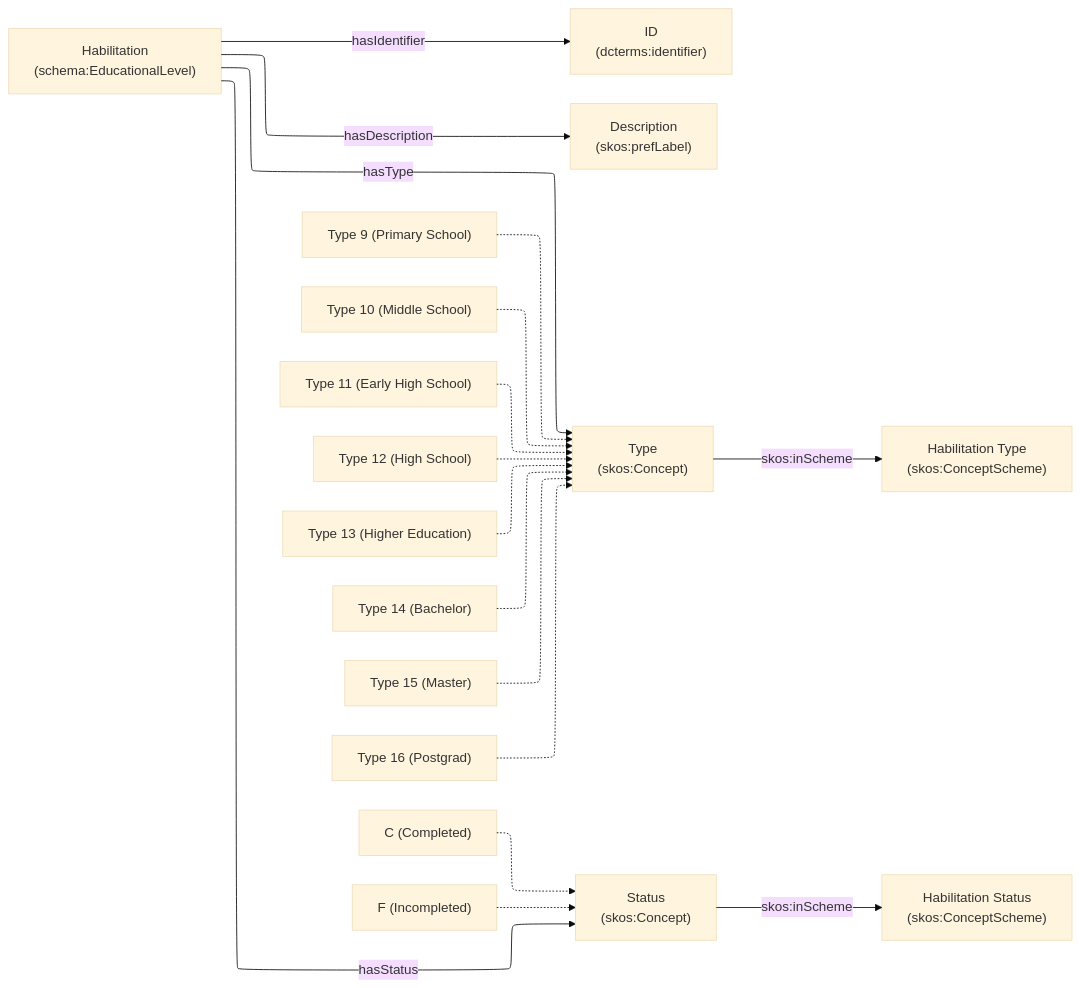
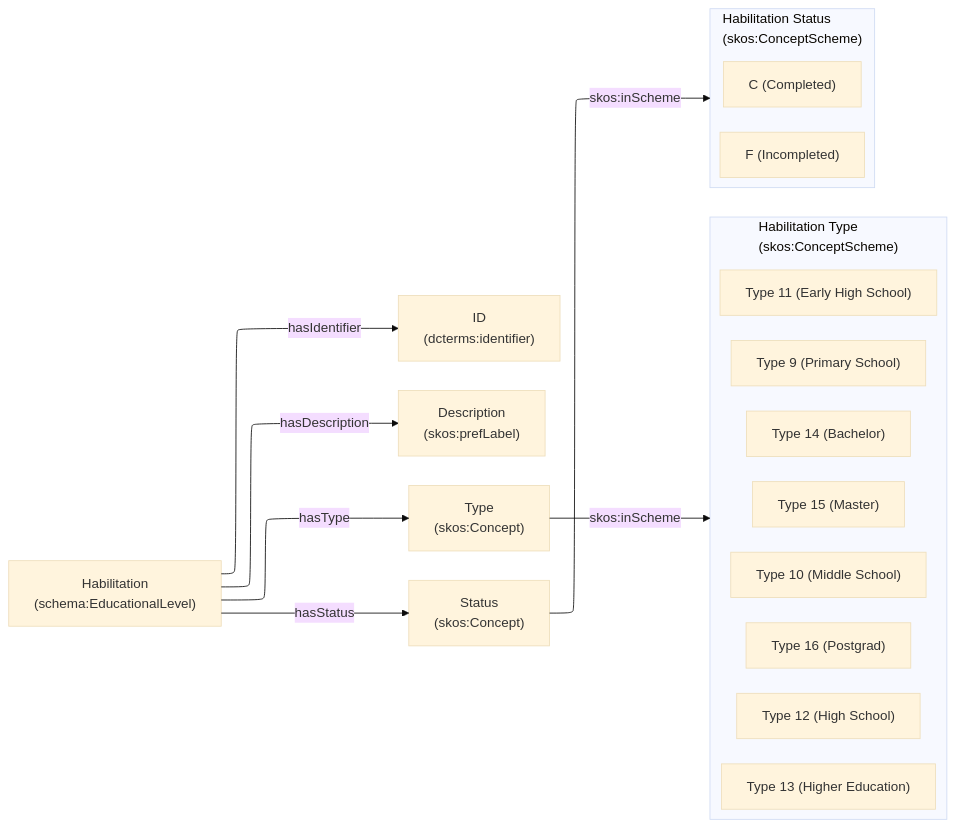
The diagram in docs/registobiografico/diagrams/habilitations.mermaid (Kaankzlyar/orwell-generalized), drawn with Mermaid (base theme) before and after one commit. The commit also changed 4 other files, not shown here.

```diff
--- a/docs/registobiografico/diagrams/habilitations.mermaid
+++ b/docs/registobiografico/diagrams/habilitations.mermaid
@@ -1,23 +1,30 @@
 ---
 config:
   layout: elk
 ---
 flowchart LR
     Habilitation["Habilitation<br>(schema:EducationalLevel)"] -- hasIdentifier --> hid["ID<br>(dcterms:identifier)"]
     Habilitation -- hasDescription --> hdes["Description<br>(skos:prefLabel)"]
     Habilitation -- hasType --> htype["Type<br>(skos:Concept)"]
     Habilitation -- hasStatus --> hstatus["Status<br>(skos:Concept)"]
 
-    htype -- skos:inScheme --> htypeEnum["Habilitation Type<br>(skos:ConceptScheme)"]
-    ht1["Type 9 (Primary School)"] -.-> htype
-    ht2["Type 10 (Middle School)"] -.-> htype
-    ht3["Type 11 (Early High School)"] -.-> htype
-    ht4["Type 12 (High School)"] -.-> htype
-    ht5["Type 13 (Higher Education)"] -.-> htype
-    ht6["Type 14 (Bachelor)"] -.-> htype
-    ht7["Type 15 (Master)"] -.-> htype
-    ht8["Type 16 (Postgrad)"] -.-> htype
+    htype -- skos:inScheme --> htypeEnum
 
-    hstatus -- skos:inScheme --> hstatusEnum["Habilitation Status<br>(skos:ConceptScheme)"]
-    hs1["C (Completed)"] -.-> hstatus
-    hs2["F (Incompleted)"] -.-> hstatus
+    subgraph htypeEnum["Habilitation Type<br>(skos:ConceptScheme)"]
+      ht1["Type 9 (Primary School)"]
+      ht2["Type 10 (Middle School)"]
+      ht3["Type 11 (Early High School)"]
+      ht4["Type 12 (High School)"]
+      ht5["Type 13 (Higher Education)"]
+      ht6["Type 14 (Bachelor)"]
+      ht7["Type 15 (Master)"]
+      ht8["Type 16 (Postgrad)"]
+    end
+
+
+    hstatus -- skos:inScheme --> hstatusEnum
+
+    subgraph hstatusEnum["Habilitation Status<br>(skos:ConceptScheme)"]
+      hs1["C (Completed)"]
+      hs2["F (Incompleted)"]
+    end
```
